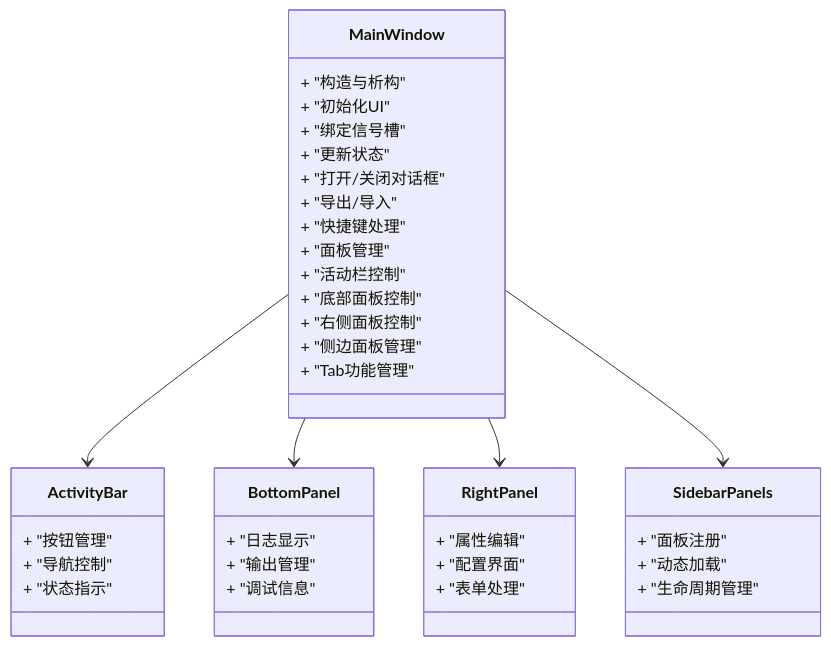
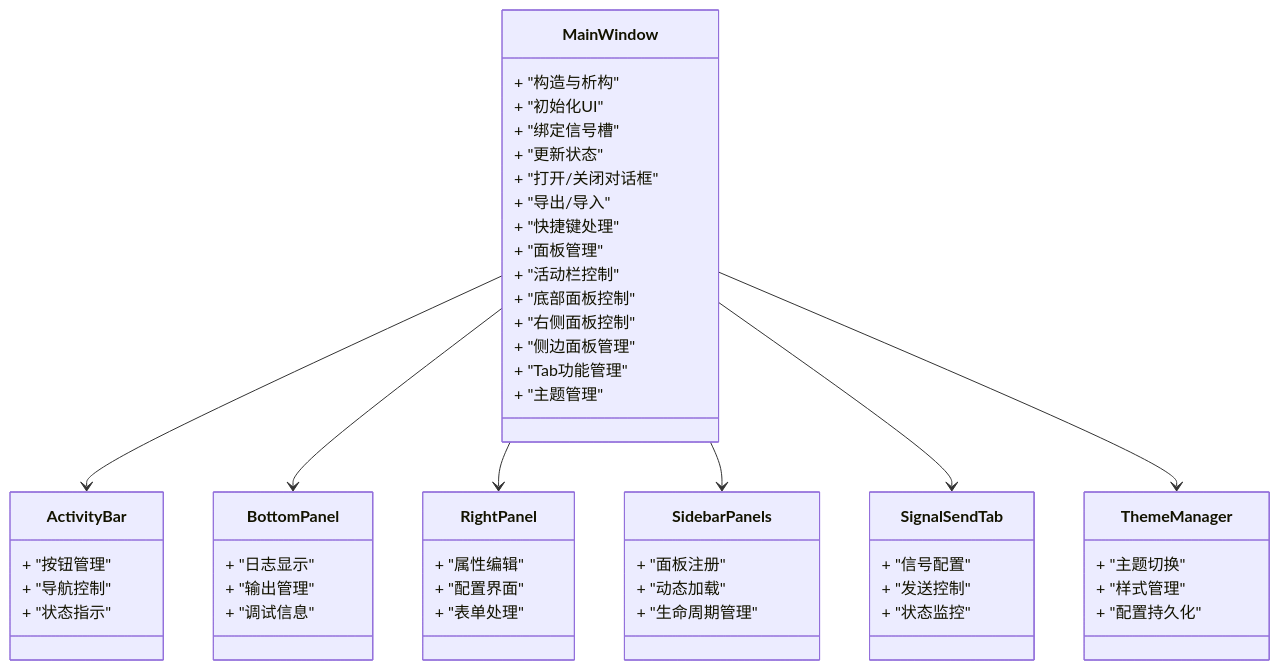
One commit to jakecai1225-design/OpenBus changed the third of 4 diagrams in .qoder/repowiki/zh/content/架构设计/主窗口组件架构.md. Above: the diagram before and after it, drawn with Mermaid. The commit also changed other lines of this file and 59 other files, not shown here.

````diff
--- a/.qoder/repowiki/zh/content/架构设计/主窗口组件架构.md
+++ b/.qoder/repowiki/zh/content/架构设计/主窗口组件架构.md
@@ -169,42 +192,55 @@
 ```mermaid
 classDiagram
 class MainWindow {
 + "构造与析构"
 + "初始化UI"
 + "绑定信号槽"
 + "更新状态"
 + "打开/关闭对话框"
 + "导出/导入"
 + "快捷键处理"
 + "面板管理"
 + "活动栏控制"
 + "底部面板控制"
 + "右侧面板控制"
 + "侧边面板管理"
 + "Tab功能管理"
++ "主题管理"
 }
 class ActivityBar {
 + "按钮管理"
 + "导航控制"
 + "状态指示"
 }
 class BottomPanel {
 + "日志显示"
 + "输出管理"
 + "调试信息"
 }
 class RightPanel {
 + "属性编辑"
 + "配置界面"
 + "表单处理"
 }
 class SidebarPanels {
 + "面板注册"
 + "动态加载"
 + "生命周期管理"
 }
+class SignalSendTab {
++ "信号配置"
++ "发送控制"
++ "状态监控"
+}
+class ThemeManager {
++ "主题切换"
++ "样式管理"
++ "配置持久化"
+}
 MainWindow --> ActivityBar
 MainWindow --> BottomPanel
 MainWindow --> RightPanel
 MainWindow --> SidebarPanels
+MainWindow --> SignalSendTab
+MainWindow --> ThemeManager
 ```
````
